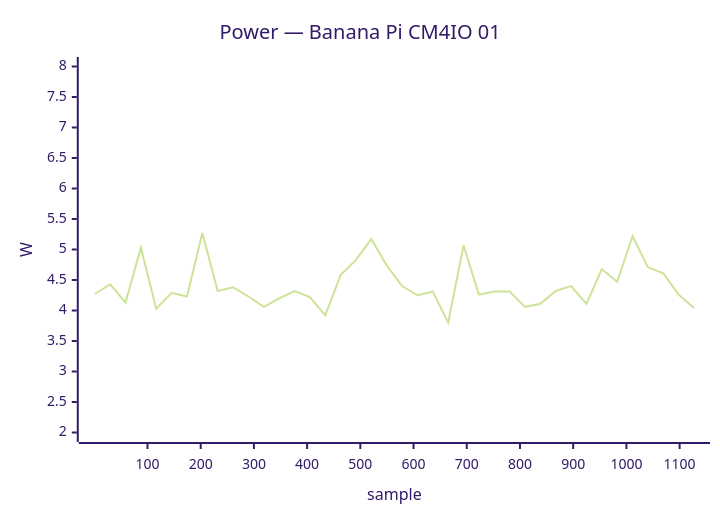
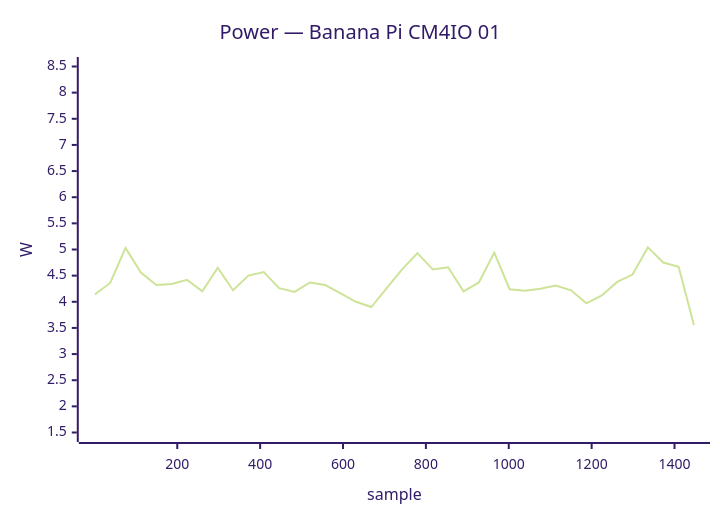
One commit to armbian/documentation changed the fifth of 41 diagrams in docs/status/board-tests.md. Above: the diagram before and after it, drawn with Mermaid (forest theme). The commit also changed other lines of this file, not shown here.

````diff
--- a/docs/status/board-tests.md
+++ b/docs/status/board-tests.md
@@ -291,7 +196,7 @@
 ```mermaid
 xychart-beta
     title "Power — Banana Pi CM4IO 01"
-    x-axis "sample" 1 --> 1127
-    y-axis "W" 2.0 --> 8.0
-    line [4.27, 4.43, 4.13, 5.03, 4.03, 4.29, 4.23, 5.27, 4.32, 4.38, 4.23, 4.06, 4.20, 4.32, 4.22, 3.92, 4.58, 4.83, 5.17, 4.74, 4.40, 4.25, 4.31, 3.80, 5.07, 4.26, 4.31, 4.31, 4.06, 4.11, 4.32, 4.40, 4.11, 4.68, 4.47, 5.22, 4.71, 4.61, 4.26, 4.04]
+    x-axis "sample" 1 --> 1447
+    y-axis "W" 1.5 --> 8.5
+    line [4.14, 4.36, 5.03, 4.56, 4.32, 4.34, 4.42, 4.20, 4.65, 4.22, 4.50, 4.57, 4.26, 4.19, 4.37, 4.32, 4.16, 4.00, 3.90, 4.26, 4.62, 4.93, 4.62, 4.66, 4.20, 4.37, 4.94, 4.24, 4.21, 4.25, 4.31, 4.22, 3.97, 4.12, 4.38, 4.52, 5.04, 4.75, 4.67, 3.55]
 ```
````
